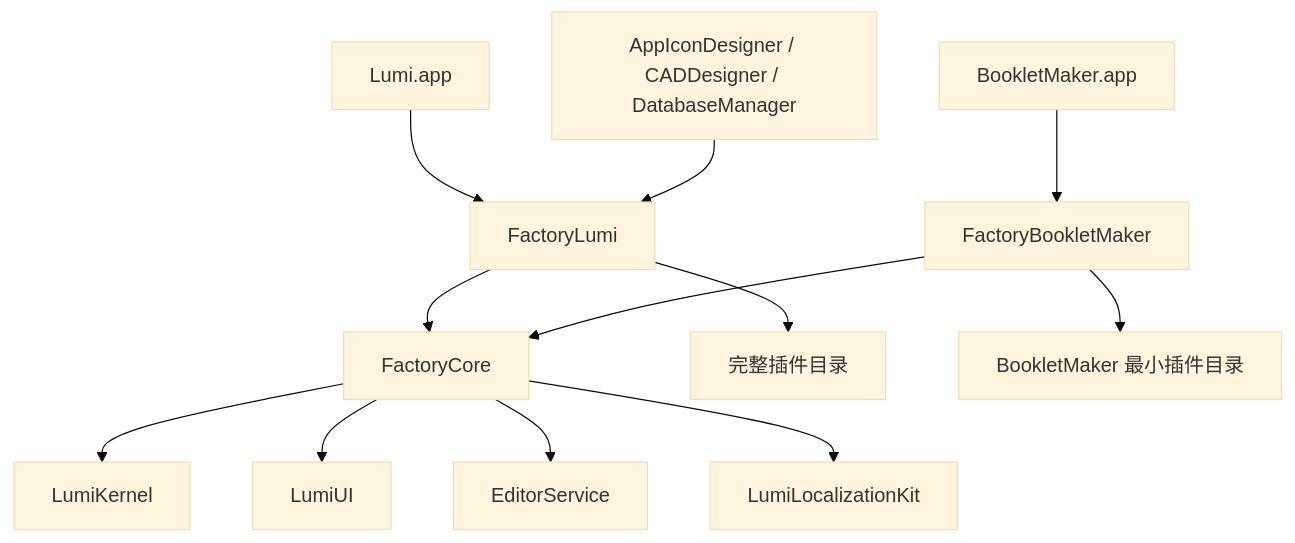
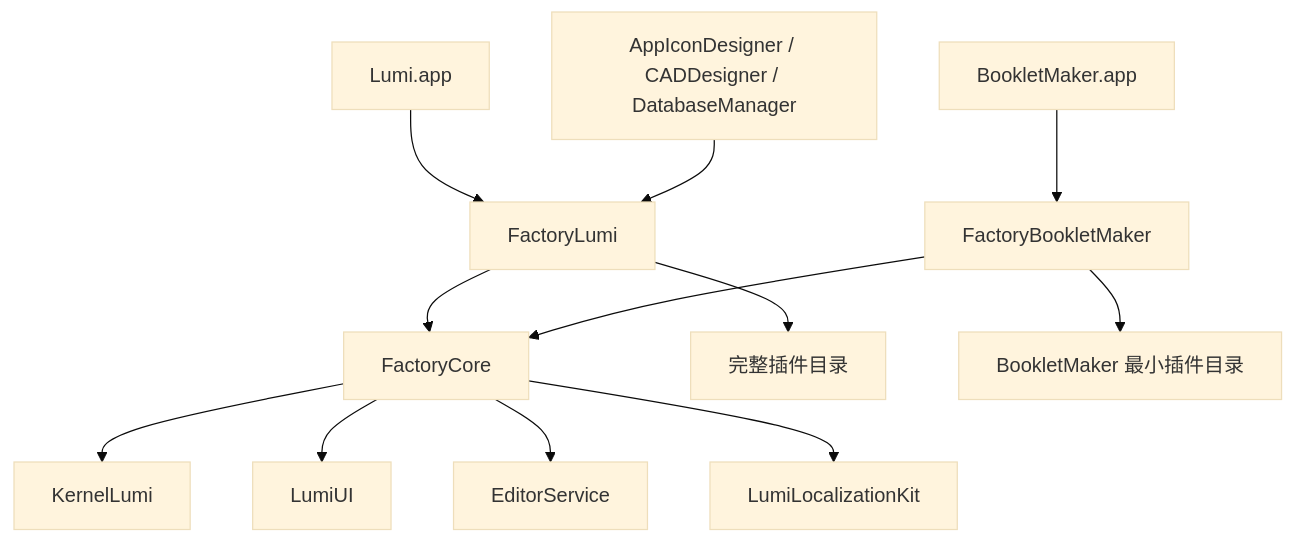
Before and after one commit to CofficLab/Lumi: the diagram in docs/factory-architecture.md, drawn with Mermaid (base theme). The commit also changed other lines of this file and 1606 other files, not shown here.

First line of the commit message:
refactor(KernelLumi): rename package LumiKernel to KernelLumi across codebase

````diff
--- a/docs/factory-architecture.md
+++ b/docs/factory-architecture.md
@@ -35,17 +35,17 @@
 ```mermaid
 flowchart TD
     LumiApp["Lumi.app"] --> FL["FactoryLumi"]
     BookletApp["BookletMaker.app"] --> FB["FactoryBookletMaker"]
     OtherApps["AppIconDesigner / CADDesigner / DatabaseManager"] --> FL
 
     FL --> FC["FactoryCore"]
     FB --> FC
 
-    FC --> Kernel["LumiKernel"]
+    FC --> Kernel["KernelLumi"]
     FC --> UI["LumiUI"]
     FC --> Editor["EditorService"]
     FC --> Localization["LumiLocalizationKit"]
 
     FL --> FullPlugins["完整插件目录"]
     FB --> BookletPlugins["BookletMaker 最小插件目录"]
 ```
````
